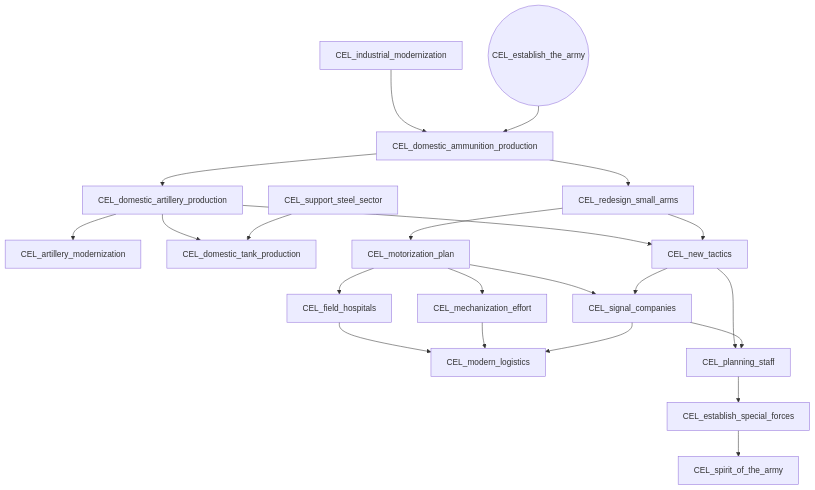
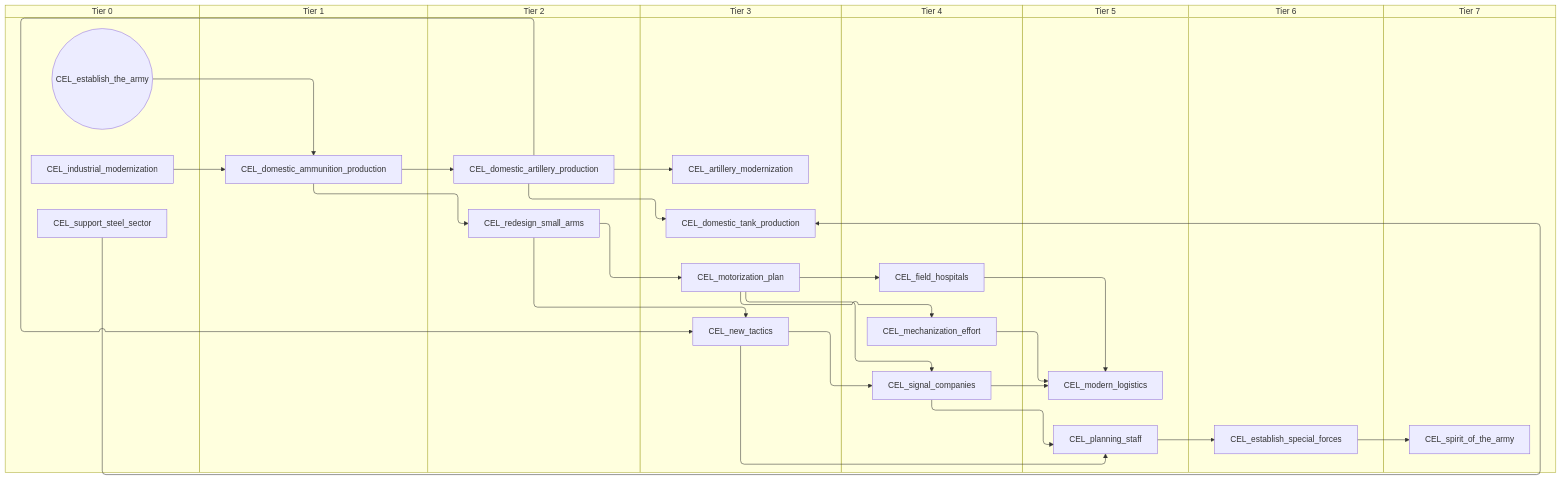
One commit to evgeny-sobol/hoi4-sandbox-mode-r56 changed the third of 5 diagrams in docs/gdd/National Focuses/r56/r56_celtic_shared.md. Above: the diagram before and after it, drawn with Mermaid. The commit also changed other lines of this file and 423 other files, not shown here.

First line of the commit message:
Re-export Rt56 focus trees as swimlane diagrams

````diff
--- a/docs/gdd/National Focuses/r56/r56_celtic_shared.md
+++ b/docs/gdd/National Focuses/r56/r56_celtic_shared.md
@@ -74,41 +96,57 @@
 ```mermaid
-flowchart TD
-    n28["CEL_artillery_modernization"]
-    n29["CEL_domestic_ammunition_production"]
-    n30["CEL_domestic_artillery_production"]
-    n31["CEL_domestic_tank_production"]
-    n32["CEL_establish_special_forces"]
-    n33(("CEL_establish_the_army"))
-    n34["CEL_field_hospitals"]
-    n35["CEL_industrial_modernization"]
-    n36["CEL_mechanization_effort"]
-    n37["CEL_modern_logistics"]
-    n38["CEL_motorization_plan"]
-    n39["CEL_new_tactics"]
-    n40["CEL_planning_staff"]
-    n41["CEL_redesign_small_arms"]
-    n42["CEL_signal_companies"]
-    n43["CEL_spirit_of_the_army"]
-    n44["CEL_support_steel_sector"]
-    n30 --> n28
-    n35 --> n29
-    n33 --> n29
-    n29 --> n30
-    n30 --> n31
-    n44 --> n31
-    n40 --> n32
-    n38 --> n34
-    n38 --> n36
-    n34 --> n37
-    n36 --> n37
-    n42 --> n37
-    n41 --> n38
-    n30 --> n39
-    n41 --> n39
-    n39 --> n40
-    n42 --> n40
-    n29 --> n41
-    n38 --> n42
-    n39 --> n42
-    n32 --> n43
+swimlane-beta TD
+    subgraph tier_0["Tier 0"]
+        n28(("CEL_establish_the_army"))
+        n29["CEL_industrial_modernization"]
+        n30["CEL_support_steel_sector"]
+    end
+    subgraph tier_1["Tier 1"]
+        n31["CEL_domestic_ammunition_production"]
+    end
+    subgraph tier_2["Tier 2"]
+        n32["CEL_domestic_artillery_production"]
+        n33["CEL_redesign_small_arms"]
+    end
+    subgraph tier_3["Tier 3"]
+        n34["CEL_artillery_modernization"]
+        n35["CEL_domestic_tank_production"]
+        n36["CEL_motorization_plan"]
+        n37["CEL_new_tactics"]
+    end
+    subgraph tier_4["Tier 4"]
+        n38["CEL_field_hospitals"]
+        n39["CEL_mechanization_effort"]
+        n40["CEL_signal_companies"]
+    end
+    subgraph tier_5["Tier 5"]
+        n41["CEL_modern_logistics"]
+        n42["CEL_planning_staff"]
+    end
+    subgraph tier_6["Tier 6"]
+        n43["CEL_establish_special_forces"]
+    end
+    subgraph tier_7["Tier 7"]
+        n44["CEL_spirit_of_the_army"]
+    end
+    n32 --> n34
+    n29 --> n31
+    n28 --> n31
+    n31 --> n32
+    n32 --> n35
+    n30 --> n35
+    n42 --> n43
+    n36 --> n38
+    n36 --> n39
+    n38 --> n41
+    n39 --> n41
+    n40 --> n41
+    n33 --> n36
+    n32 --> n37
+    n33 --> n37
+    n37 --> n42
+    n40 --> n42
+    n31 --> n33
+    n36 --> n40
+    n37 --> n40
+    n43 --> n44
 ```
````
